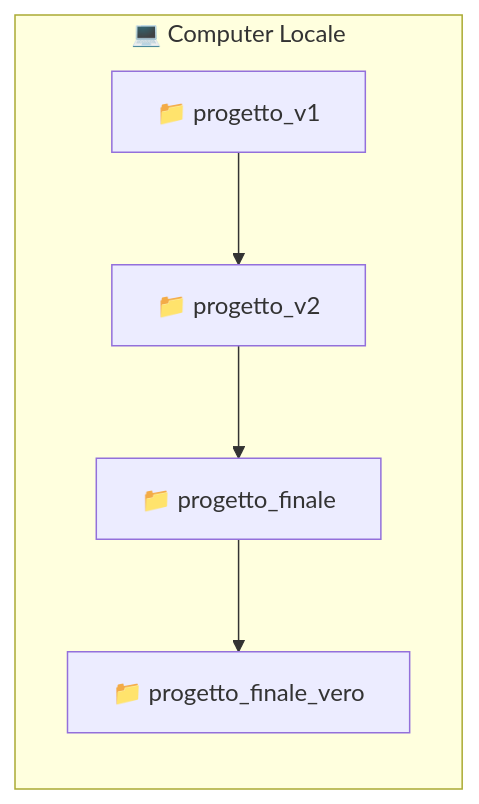
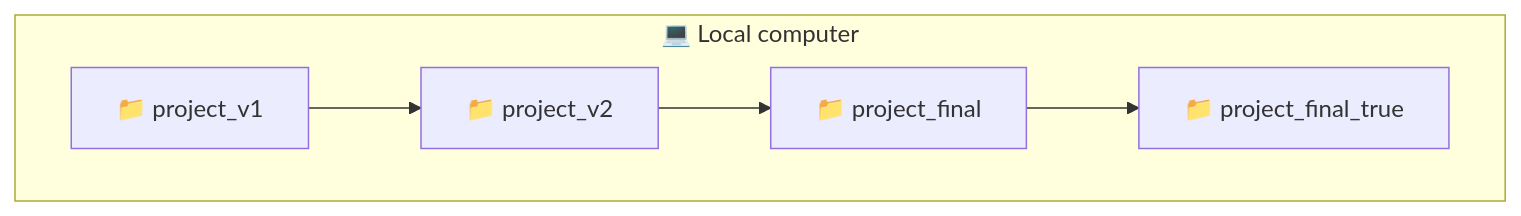
Before and after one commit to DaveFV91/GitCourse: the first of 7 diagrams in 01-teoria/01-vcs-git-basics.md, drawn with Mermaid. The commit also changed other lines of this file and 3 other files, not shown here.

```diff
--- a/01-teoria/01-vcs-git-basics.md
+++ b/01-teoria/01-vcs-git-basics.md
@@ -14,14 +14,13 @@
 :::mermaid
-flowchart TD
-    subgraph LOCAL["💻 Computer Locale"]
-        direction TB
-        A["📁 progetto_v1"] 
-        B["📁 progetto_v2"]
-        C["📁 progetto_finale"]
-        D["📁 progetto_finale_vero"]
+flowchart
+    subgraph LOCAL["💻 Local computer"]
+        A["📁 project_v1"] 
+        B["📁 project_v2"]
+        C["📁 project_final"]
+        D["📁 project_final_true"]
     end
     
     A --> B
     B --> C
     C --> D
 :::
```
